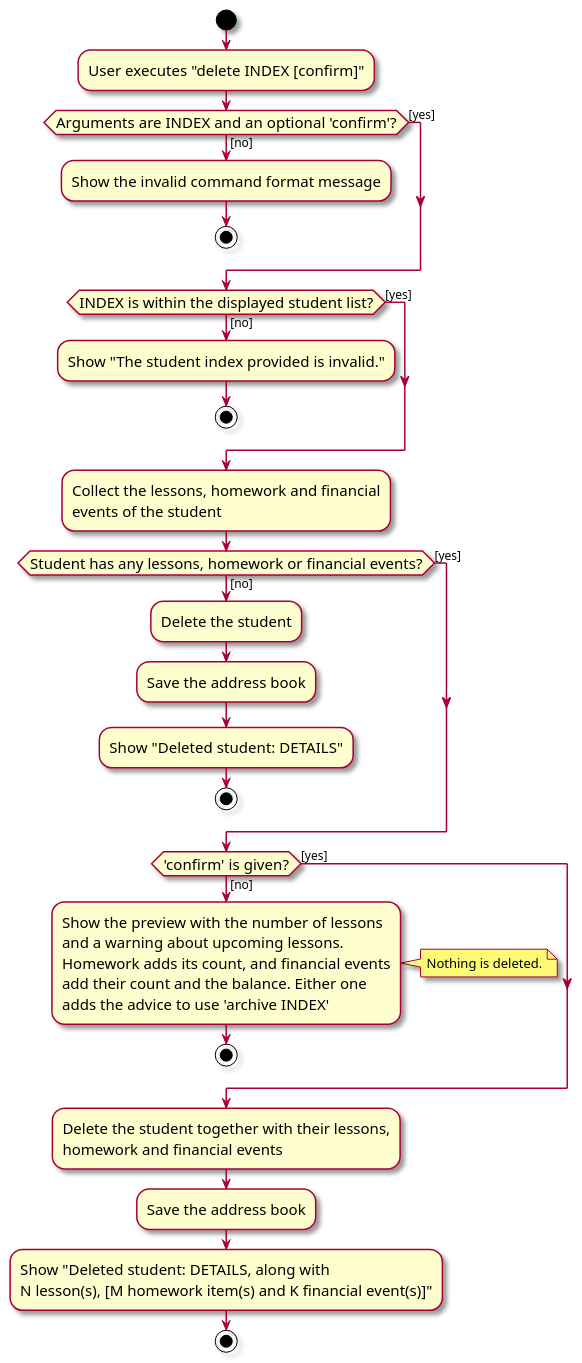
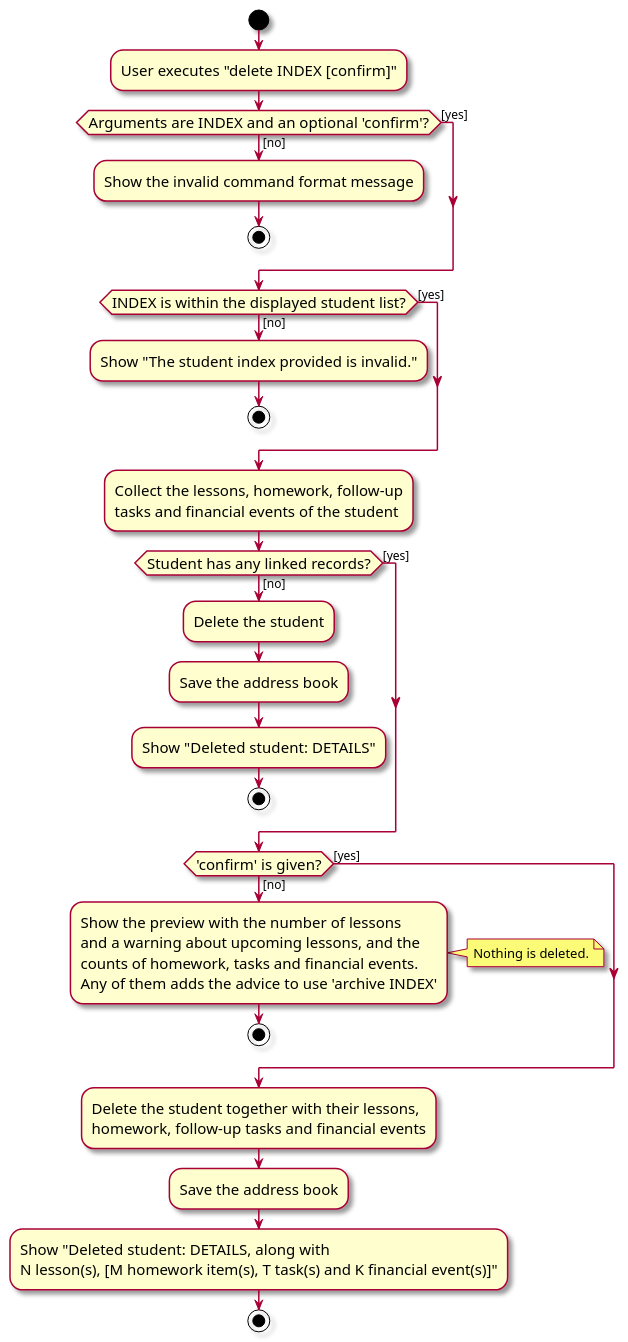
Before and after one commit to AY2627S1-CS2103T-F15-1/tp: the diagram in diagrams/DeleteStudentActivityDiagram.puml, drawn with PlantUML. The commit also changed 79 other files, not shown here.

```diff
--- a/diagrams/DeleteStudentActivityDiagram.puml
+++ b/diagrams/DeleteStudentActivityDiagram.puml
@@ -1,49 +1,48 @@
 @startuml
 skin rose
 skinparam ActivityFontSize 15
 skinparam ArrowFontSize 12
 
 start
 :User executes "delete INDEX [confirm]";
 
 if (Arguments are INDEX and an optional 'confirm'?) then ([no])
     :Show the invalid command format message;
     stop
 else ([yes])
 endif
 
 if (INDEX is within the displayed student list?) then ([no])
     :Show "The student index provided is invalid.";
     stop
 else ([yes])
 endif
 
-:Collect the lessons, homework and financial
-events of the student;
+:Collect the lessons, homework, follow-up
+tasks and financial events of the student;
 
-if (Student has any lessons, homework or financial events?) then ([no])
+if (Student has any linked records?) then ([no])
     :Delete the student;
     :Save the address book;
     :Show "Deleted student: DETAILS";
     stop
 else ([yes])
 endif
 
 if ('confirm' is given?) then ([no])
     :Show the preview with the number of lessons
-    and a warning about upcoming lessons.
-    Homework adds its count, and financial events
-    add their count and the balance. Either one
-    adds the advice to use 'archive INDEX';
+    and a warning about upcoming lessons, and the
+    counts of homework, tasks and financial events.
+    Any of them adds the advice to use 'archive INDEX';
     note right: Nothing is deleted.
     stop
 else ([yes])
 endif
 
 :Delete the student together with their lessons,
-homework and financial events;
+homework, follow-up tasks and financial events;
 :Save the address book;
 :Show "Deleted student: DETAILS, along with
-N lesson(s), [M homework item(s) and K financial event(s)]";
+N lesson(s), [M homework item(s), T task(s) and K financial event(s)]";
 stop
 @enduml
```
